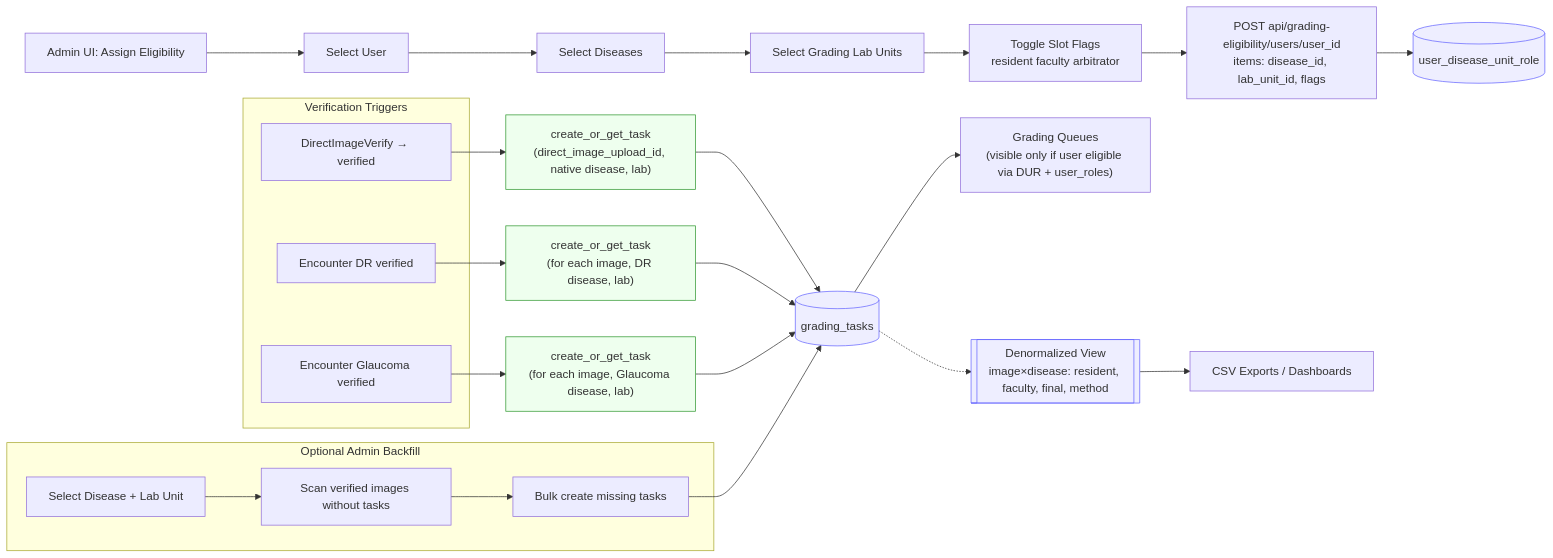
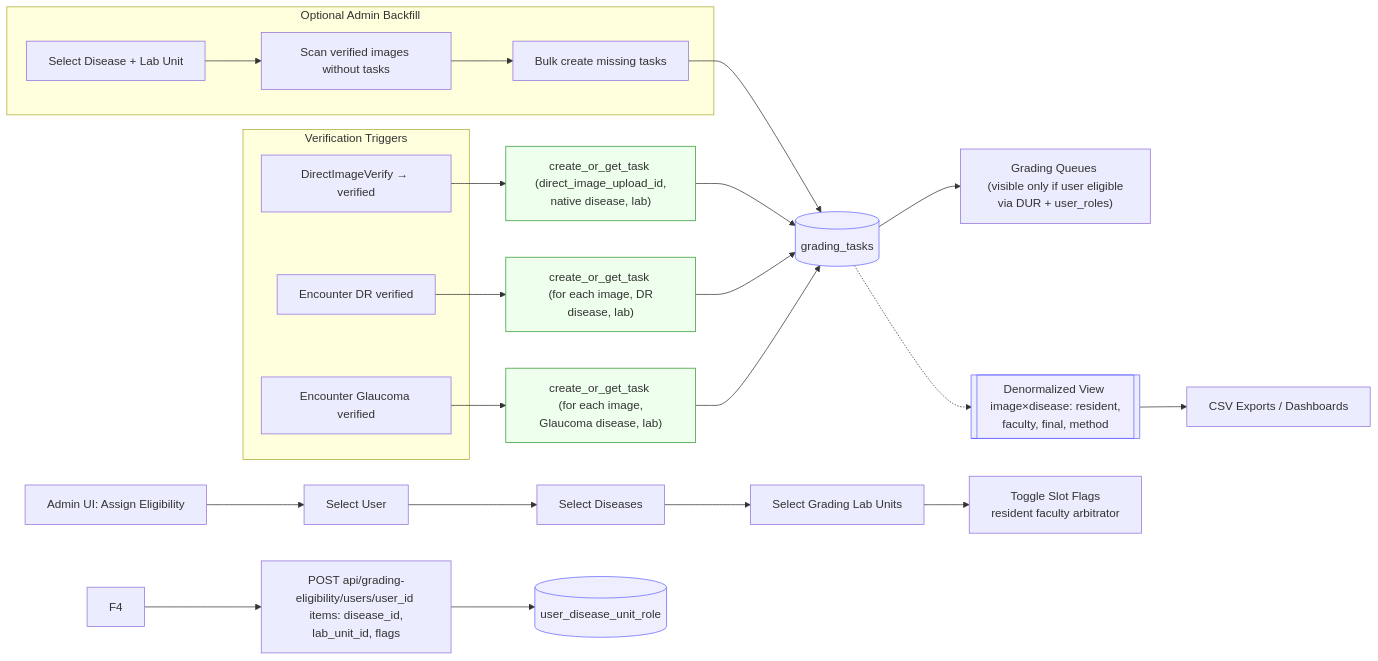
Before and after one commit to drguptavivek/fundus_img_xtract: the second of 2 diagrams in TODO/dual_grading/001-overview.md, drawn with Mermaid. The commit also changed 8 other files, not shown here.

First line of the commit message:
added the Queue Visibility snippet, updated the task API stubs for cross‑lab finals, and aligned related TODO docs.

````diff
--- a/TODO/dual_grading/001-overview.md
+++ b/TODO/dual_grading/001-overview.md
@@ -116,41 +116,41 @@
 ```mermaid
 flowchart LR
     A[Admin UI: Assign Eligibility] --> F1[Select User]
     F1 --> F2[Select Diseases]
     F2 --> F3[Select Grading Lab Units]
-    F3 --> F4[Toggle Slot Flags\nresident faculty arbitrator]
-    F4 --> API[POST api/grading-eligibility/users/user_id\nitems: disease_id, lab_unit_id, flags]
+    F3 --> F4"["Toggle Slot Flags \n resident faculty arbitrator"]
+    F4 --> API["POST api/grading-eligibility/users/user_id \n items: disease_id, lab_unit_id, flags"]
     API --> DUR[(user_disease_unit_role)]
 
     subgraph Verification Triggers
       V1[DirectImageVerify → verified]
       V2[Encounter DR verified]
       V3[Encounter Glaucoma verified]
     end
 
-    V1 --> SVC1["create_or_get_task\n(direct_image_upload_id, native disease, lab)"]
-    V2 --> SVC2["create_or_get_task\n(for each image, DR disease, lab)"]
-    V3 --> SVC3["create_or_get_task\n(for each image, Glaucoma disease, lab)"]
+    V1 --> SVC1["create_or_get_task \n (direct_image_upload_id, native disease, lab)"]
+    V2 --> SVC2["create_or_get_task \n (for each image, DR disease, lab)"]
+    V3 --> SVC3["create_or_get_task \n (for each image, Glaucoma disease, lab)"]
 
     SVC1 --> GT[(grading_tasks)]
     SVC2 --> GT
     SVC3 --> GT
 
     subgraph Optional Admin Backfill
       B1[Select Disease + Lab Unit]
       B2[Scan verified images without tasks]
       B3[Bulk create missing tasks]
     end
     B1 --> B2 --> B3 --> GT
 
-    GT --> Q["Grading Queues\n(visible only if user eligible via DUR + user_roles)"]
+    GT --> Q["Grading Queues \n (visible only if user eligible via DUR + user_roles)"]
 
     %% Reporting/Exports
-    GT -.-> VIEW[[Denormalized View\nimage×disease: resident, faculty, final, method]]
+    GT -.-> VIEW[["Denormalized View \n image×disease: resident, faculty, final, method"]]
     VIEW --> CSV[CSV Exports / Dashboards]
 
     classDef db fill:#eef,stroke:#66f,stroke-width:1px
     classDef svc fill:#efe,stroke:#393,stroke-width:1px
     class DUR,GT,VIEW db
     class SVC1,SVC2,SVC3 svc
 ```
````
